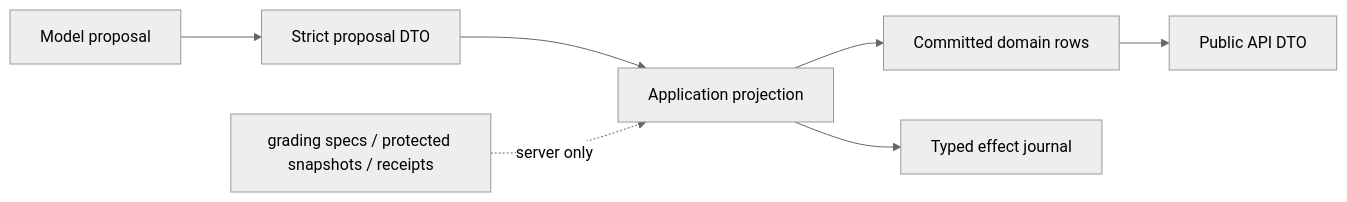
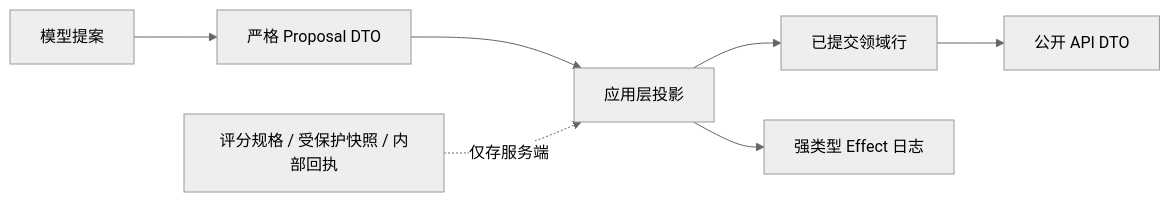
The second of 2 diagrams in docs/harness/README.md (FrightenedFoxCN/vibe-learner), drawn with Mermaid (neutral theme) before and after one commit. The commit also changed other lines of this file and 87 other files, not shown here.

````diff
--- a/docs/harness/README.md
+++ b/docs/harness/README.md
@@ -50,9 +55,9 @@
 ```mermaid
 flowchart LR
-    Model[Model proposal] --> Decode[Strict proposal DTO]
-    Decode --> Project[Application projection]
-    Project --> Domain[Committed domain rows]
-    Project --> Effects[Typed effect journal]
-    Domain --> API[Public API DTO]
-    Private[grading specs / protected snapshots / receipts] -. server only .-> Project
+    Model[模型提案] --> Decode[严格 Proposal DTO]
+    Decode --> Project[应用层投影]
+    Project --> Domain[已提交领域行]
+    Project --> Effects[强类型 Effect 日志]
+    Domain --> API[公开 API DTO]
+    Private[评分规格 / 受保护快照 / 内部回执] -. 仅存服务端 .-> Project
 ```
````
